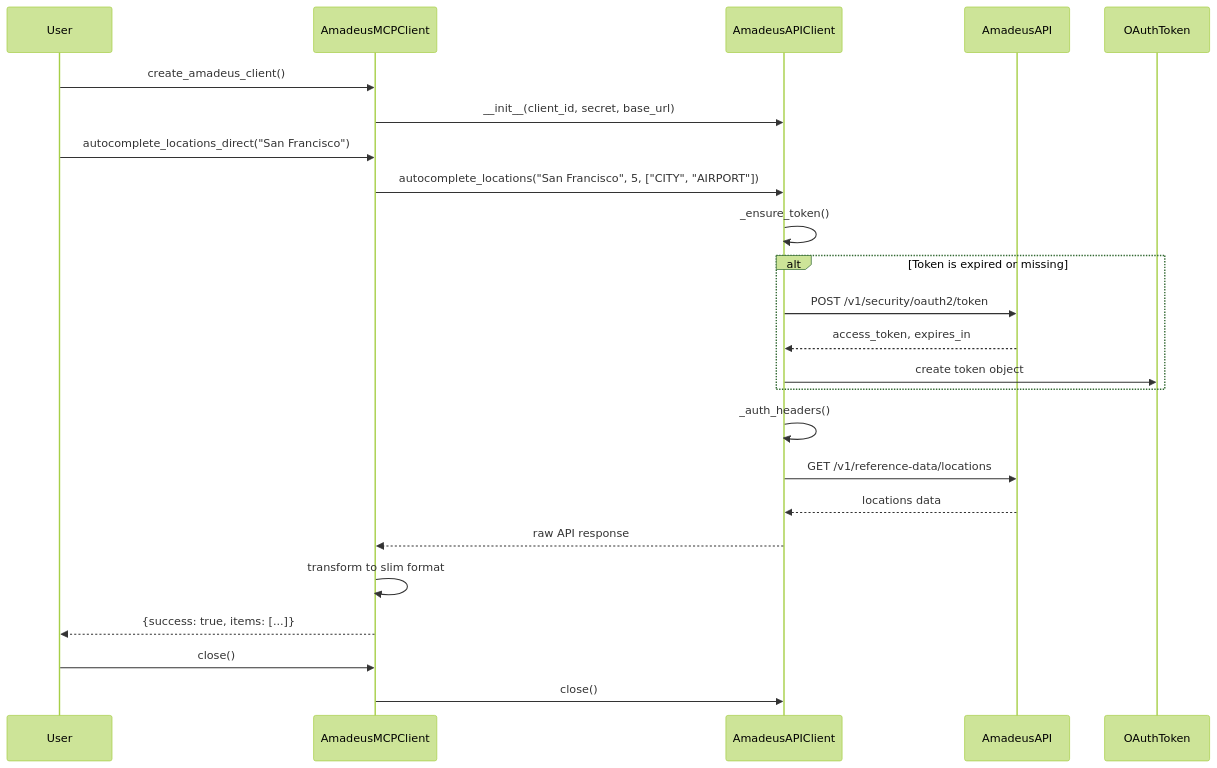
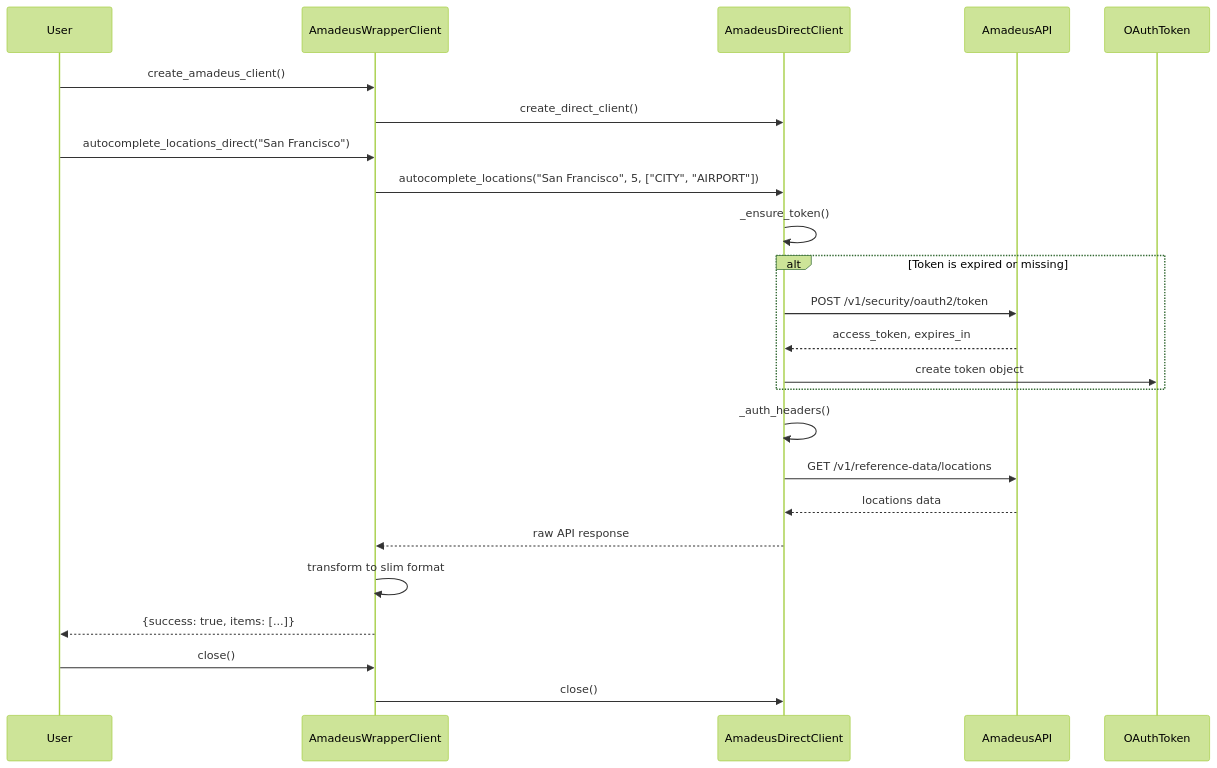
One commit to jtuchinsky/LangGraph-Sandbox changed the second of 7 diagrams in docs/amadeus_sequence_diagram.md. Above: the diagram before and after it, drawn with Mermaid (forest theme). The commit also changed other lines of this file and 2 other files, not shown here.

First line of the commit message:
Update Amadeus documentation to reflect refactored architecture

````diff
--- a/docs/amadeus_sequence_diagram.md
+++ b/docs/amadeus_sequence_diagram.md
@@ -5,31 +34,31 @@
 ```mermaid
 sequenceDiagram
     participant User
-    participant AmadeusMCPClient
-    participant AmadeusAPIClient
+    participant AmadeusWrapperClient
+    participant AmadeusDirectClient
     participant AmadeusAPI
     participant OAuthToken
 
-    User->>AmadeusMCPClient: create_amadeus_client()
-    AmadeusMCPClient->>AmadeusAPIClient: __init__(client_id, secret, base_url)
+    User->>AmadeusWrapperClient: create_amadeus_client()
+    AmadeusWrapperClient->>AmadeusDirectClient: create_direct_client()
     
-    User->>AmadeusMCPClient: autocomplete_locations_direct("San Francisco")
-    AmadeusMCPClient->>AmadeusAPIClient: autocomplete_locations("San Francisco", 5, ["CITY", "AIRPORT"])
-    AmadeusAPIClient->>AmadeusAPIClient: _ensure_token()
+    User->>AmadeusWrapperClient: autocomplete_locations_direct("San Francisco")
+    AmadeusWrapperClient->>AmadeusDirectClient: autocomplete_locations("San Francisco", 5, ["CITY", "AIRPORT"])
+    AmadeusDirectClient->>AmadeusDirectClient: _ensure_token()
     
     alt Token is expired or missing
-        AmadeusAPIClient->>AmadeusAPI: POST /v1/security/oauth2/token
-        AmadeusAPI-->>AmadeusAPIClient: access_token, expires_in
-        AmadeusAPIClient->>OAuthToken: create token object
+        AmadeusDirectClient->>AmadeusAPI: POST /v1/security/oauth2/token
+        AmadeusAPI-->>AmadeusDirectClient: access_token, expires_in
+        AmadeusDirectClient->>OAuthToken: create token object
     end
     
-    AmadeusAPIClient->>AmadeusAPIClient: _auth_headers()
-    AmadeusAPIClient->>AmadeusAPI: GET /v1/reference-data/locations
-    AmadeusAPI-->>AmadeusAPIClient: locations data
-    AmadeusAPIClient-->>AmadeusMCPClient: raw API response
-    AmadeusMCPClient->>AmadeusMCPClient: transform to slim format
-    AmadeusMCPClient-->>User: {success: true, items: [...]}
+    AmadeusDirectClient->>AmadeusDirectClient: _auth_headers()
+    AmadeusDirectClient->>AmadeusAPI: GET /v1/reference-data/locations
+    AmadeusAPI-->>AmadeusDirectClient: locations data
+    AmadeusDirectClient-->>AmadeusWrapperClient: raw API response
+    AmadeusWrapperClient->>AmadeusWrapperClient: transform to slim format
+    AmadeusWrapperClient-->>User: {success: true, items: [...]}
     
-    User->>AmadeusMCPClient: close()
-    AmadeusMCPClient->>AmadeusAPIClient: close()
+    User->>AmadeusWrapperClient: close()
+    AmadeusWrapperClient->>AmadeusDirectClient: close()
 ```
````
